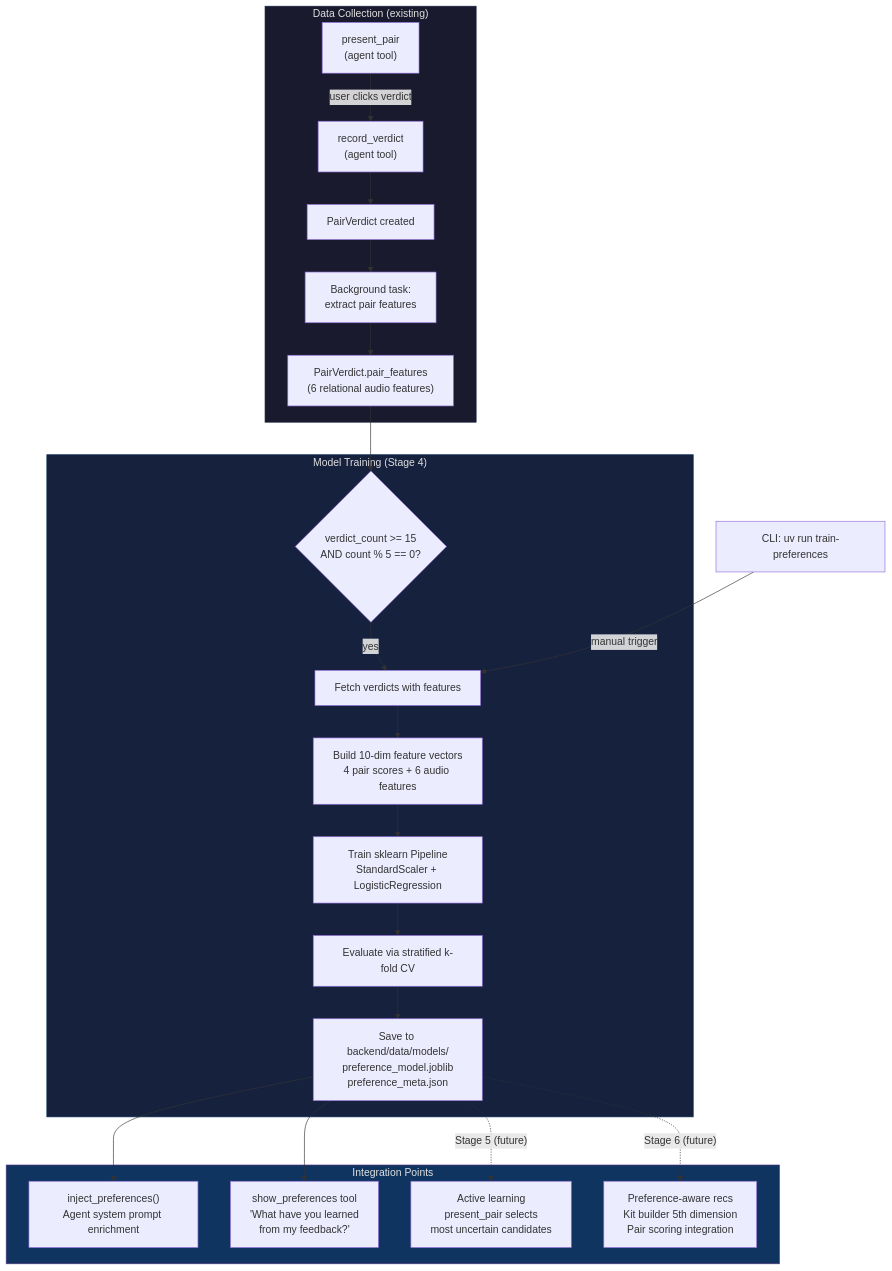
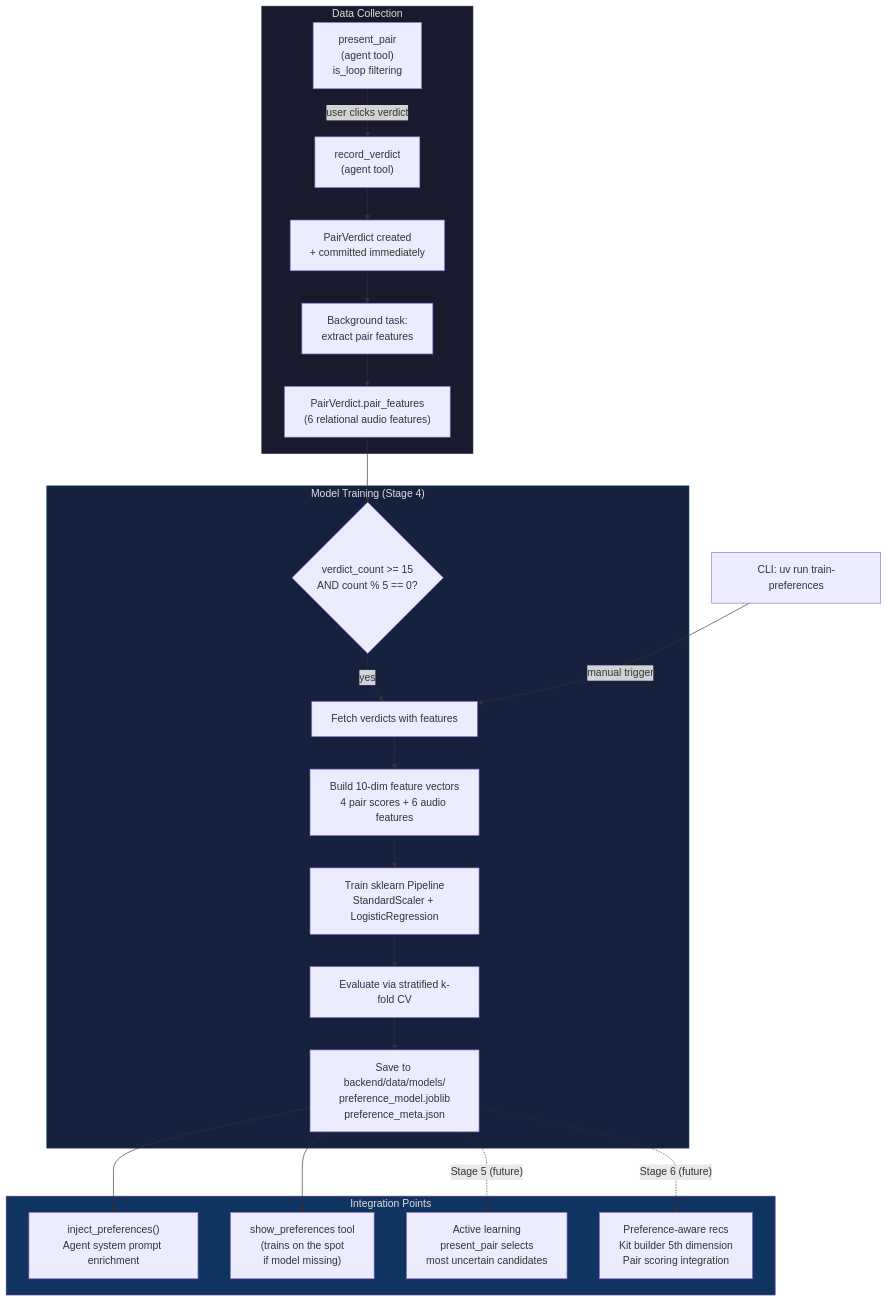
Before and after one commit to LukeMainwaring/samplespace: the diagram in docs/preference-learning-flow.md, drawn with Mermaid. The commit also changed 3 other files, not shown here.

````diff
--- a/docs/preference-learning-flow.md
+++ b/docs/preference-learning-flow.md
@@ -5,31 +5,31 @@
 ```mermaid
 flowchart TD
-    subgraph Collection ["Data Collection (existing)"]
-        A["present_pair\n(agent tool)"] -->|user clicks verdict| B["record_verdict\n(agent tool)"]
-        B --> C[PairVerdict created]
+    subgraph Collection ["Data Collection"]
+        A["present_pair\n(agent tool)\nis_loop filtering"] -->|user clicks verdict| B["record_verdict\n(agent tool)"]
+        B --> C["PairVerdict created\n+ committed immediately"]
         C --> D["Background task:\nextract pair features"]
         D --> E["PairVerdict.pair_features\n(6 relational audio features)"]
     end
 
     subgraph Training ["Model Training (Stage 4)"]
         E --> F{verdict_count >= 15\nAND count % 5 == 0?}
         F -->|yes| G[Fetch verdicts with features]
         G --> H["Build 10-dim feature vectors\n4 pair scores + 6 audio features"]
         H --> I["Train sklearn Pipeline\nStandardScaler + LogisticRegression"]
         I --> J[Evaluate via stratified k-fold CV]
         J --> K["Save to backend/data/models/\npreference_model.joblib\npreference_meta.json"]
     end
 
     subgraph Output ["Integration Points"]
         K --> L["inject_preferences()\nAgent system prompt enrichment"]
-        K --> M["show_preferences tool\n'What have you learned\nfrom my feedback?'"]
+        K --> M["show_preferences tool\n(trains on the spot\nif model missing)"]
         K -.->|"Stage 5 (future)"| N["Active learning\npresent_pair selects\nmost uncertain candidates"]
         K -.->|"Stage 6 (future)"| O["Preference-aware recs\nKit builder 5th dimension\nPair scoring integration"]
     end
 
     P["CLI: uv run train-preferences"] -->|manual trigger| G
 
     style Collection fill:#1a1a2e,stroke:#16213e,color:#e0e0e0
     style Training fill:#16213e,stroke:#0f3460,color:#e0e0e0
     style Output fill:#0f3460,stroke:#533483,color:#e0e0e0
 ```
````
